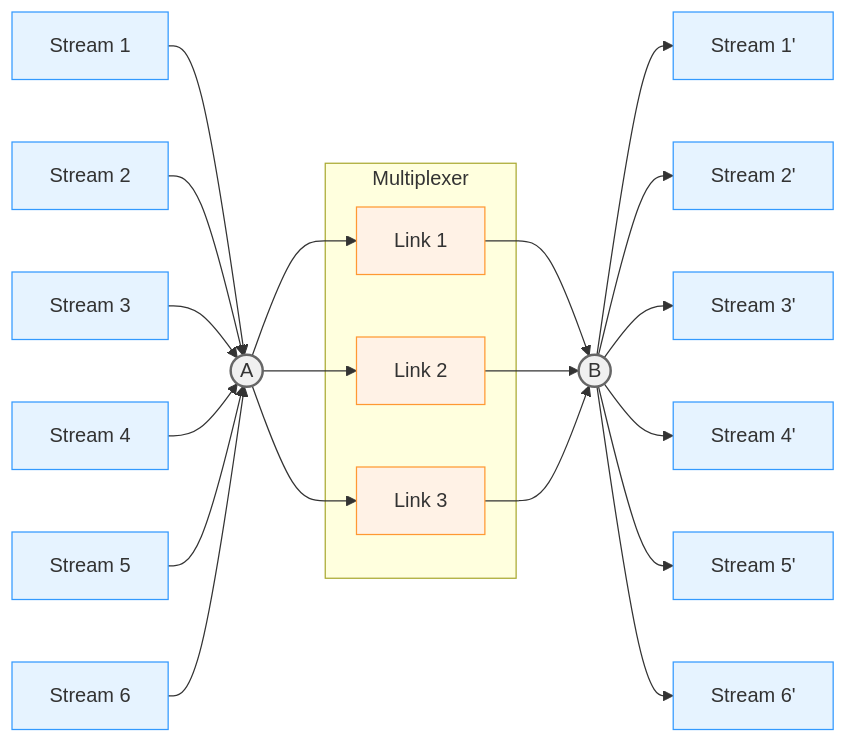
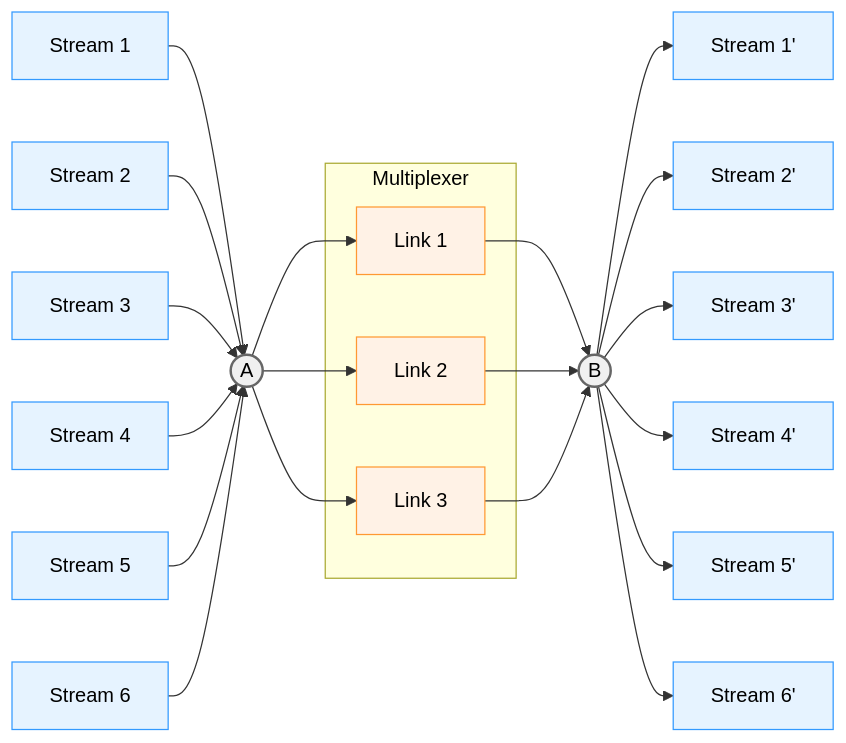
Before and after one commit to flben233/mtmux: the diagram in README.md, drawn with Mermaid.

Commit message:
Change Mermaid diagram text color to black
Updated Mermaid diagram styles to ensure all text is black.

````diff
--- a/README.md
+++ b/README.md
@@ -5,56 +5,61 @@
 ```mermaid
 graph LR
-
     S1[Stream 1]
     S2[Stream 2]
     S3[Stream 3]
     S4[Stream 4]
     S5[Stream 5]
     S6[Stream 6]
 
     Sp1[Stream 1']
     Sp2[Stream 2']
     Sp3[Stream 3']
     Sp4[Stream 4']
     Sp5[Stream 5']
     Sp6[Stream 6']
 
     A((A))
     B((B))
 
     subgraph Middle[Multiplexer]
         L1[Link 1]
         L2[Link 2]
         L3[Link 3]
     end
 
     S1 --> A
     S2 --> A
     S3 --> A
     S4 --> A
     S5 --> A
     S6 --> A
 
     A --> L1
     A --> L2
     A --> L3
 
     L1 --> B
     L2 --> B
     L3 --> B
 
     B --> Sp1
     B --> Sp2
     B --> Sp3
     B --> Sp4
     B --> Sp5
     B --> Sp6
 
-    classDef stream fill:#e6f3ff,stroke:#3399ff;
-    classDef link fill:#fff2e6,stroke:#ff9933;
-    classDef point fill:#f0f0f0,stroke:#666,stroke-width:2px;
+    %% 定义样式：所有文本为黑色
+    classDef stream fill:#e6f3ff,stroke:#3399ff,color:black;
+    classDef link fill:#fff2e6,stroke:#ff9933,color:black;
+    classDef point fill:#f0f0f0,stroke:#666,stroke-width:2px,color:black;
+    classDef subgraphLabel color:black;
 
+    %% 应用样式
     class S1,S2,S3,S4,S5,S6,Sp1,Sp2,Sp3,Sp4,Sp5,Sp6 stream
     class L1,L2,L3 link
     class A,B point
+
+    %% 强制子图标题也为黑色（部分渲染器支持）
+    class Left,Right,Middle subgraphLabel
 ```
````
